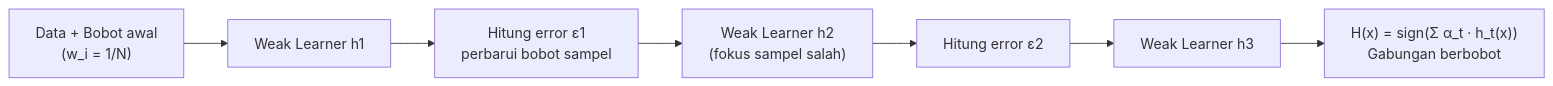
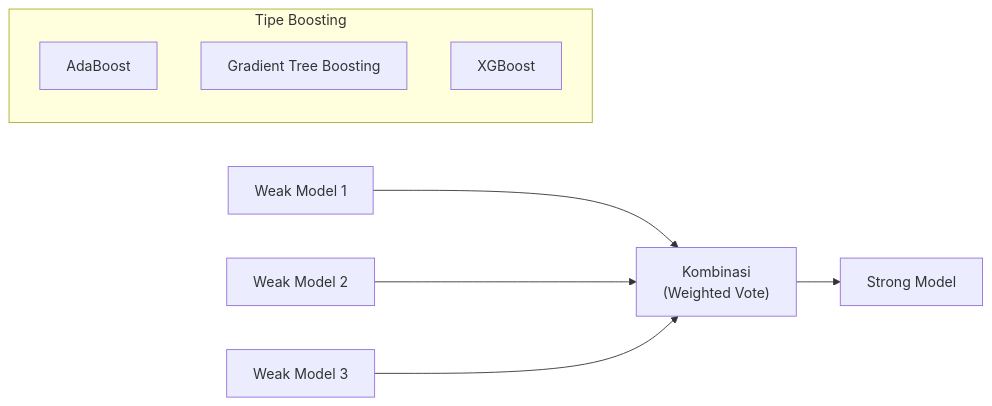
Before and after one commit to mahendartea/Learn-AI: the fourth of 4 diagrams in content/docs/pertemuan-11.mdx, drawn with Mermaid. The commit also changed other lines of this file, not shown here.

````diff
--- a/content/docs/pertemuan-11.mdx
+++ b/content/docs/pertemuan-11.mdx
@@ -278,9 +420,12 @@
 ```mermaid
 flowchart LR
-    D1["Data + Bobot awal\n(w_i = 1/N)"] --> W1["Weak Learner h1"]
-    W1 --> E1["Hitung error ε1\nperbarui bobot sampel"]
-    E1 --> W2["Weak Learner h2\n(fokus sampel salah)"]
-    W2 --> E2["Hitung error ε2"]
-    E2 --> W3["Weak Learner h3"]
-    W3 --> H["H(x) = sign(Σ α_t · h_t(x))\nGabungan berbobot"]
+    W1["Weak Model 1"] --> C["Kombinasi\n(Weighted Vote)"]
+    W2["Weak Model 2"] --> C
+    W3["Weak Model 3"] --> C
+    C --> S["Strong Model"]
+    subgraph Types ["Tipe Boosting"]
+        T1["AdaBoost"]
+        T2["Gradient Tree Boosting"]
+        T3["XGBoost"]
+    end
 ```
````
